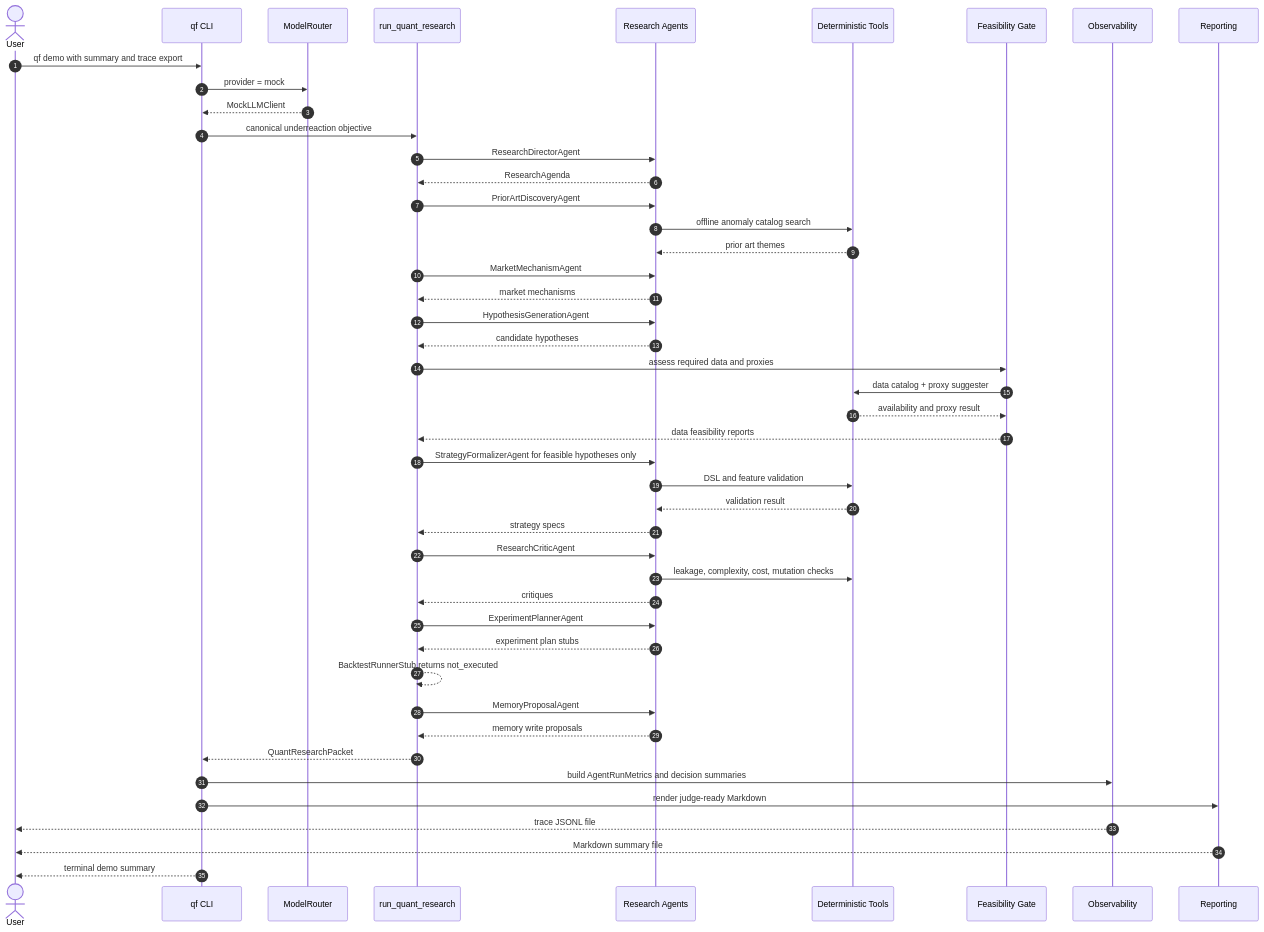
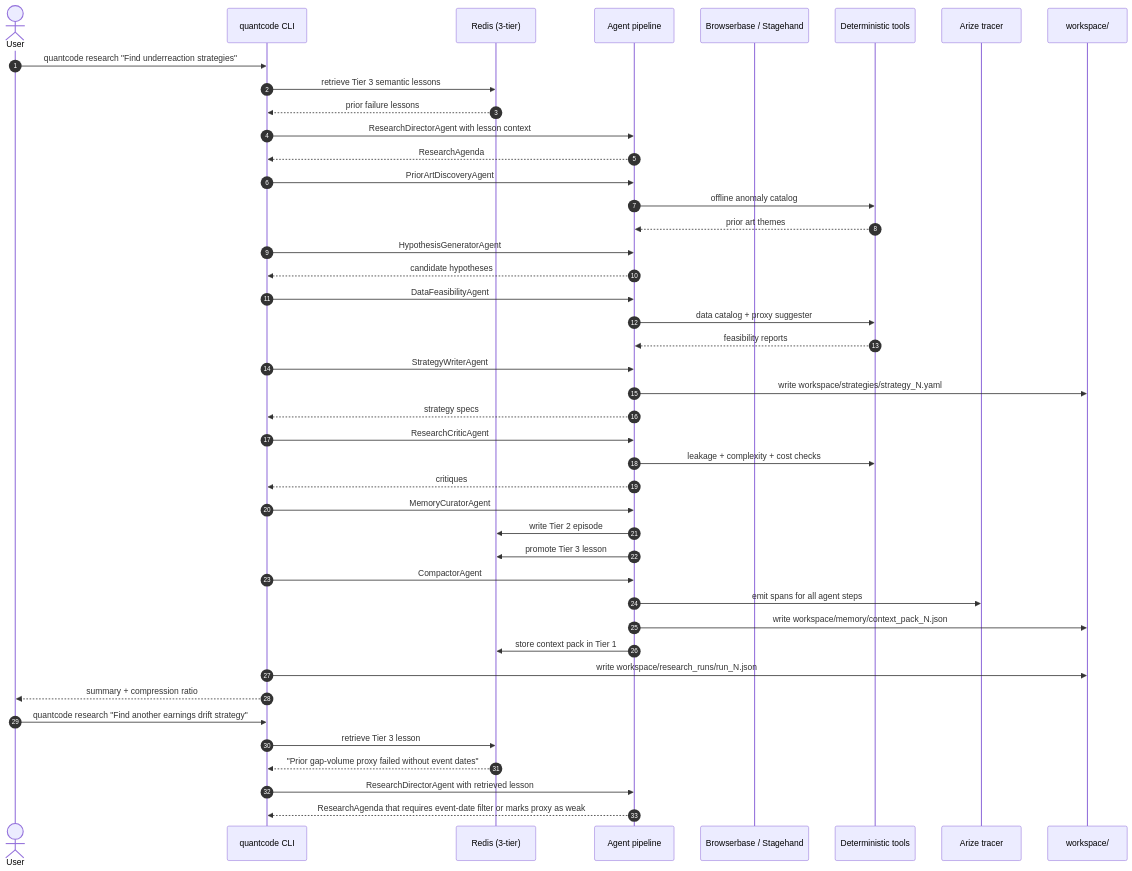
One commit to Ayush-Agarwal07/quant-code changed the fourth of 5 diagrams in docs/system_design_diagram.md. Above: the diagram before and after it, drawn with Mermaid. The commit also changed other lines of this file and 3 other files, not shown here.

First line of the commit message:
Refresh architecture docs for QuantCode hackathon vision

````diff
--- a/docs/system_design_diagram.md
+++ b/docs/system_design_diagram.md
@@ -91,49 +111,47 @@
 ```mermaid
 sequenceDiagram
     autonumber
     actor User
-    participant CLI as qf CLI
-    participant Router as ModelRouter
-    participant WF as run_quant_research
-    participant Agents as Research Agents
-    participant Tools as Deterministic Tools
-    participant Gate as Feasibility Gate
-    participant Obs as Observability
-    participant Report as Reporting
+    participant CLI as quantcode CLI
+    participant Redis as Redis (3-tier)
+    participant Agents as Agent pipeline
+    participant BB as Browserbase / Stagehand
+    participant Tools as Deterministic tools
+    participant Arize as Arize tracer
+    participant WS as workspace/
 
-    User->>CLI: qf demo with summary and trace export
-    CLI->>Router: provider = mock
-    Router-->>CLI: MockLLMClient
-    CLI->>WF: canonical underreaction objective
-    WF->>Agents: ResearchDirectorAgent
-    Agents-->>WF: ResearchAgenda
-    WF->>Agents: PriorArtDiscoveryAgent
-    Agents->>Tools: offline anomaly catalog search
+    User->>CLI: quantcode research "Find underreaction strategies"
+    CLI->>Redis: retrieve Tier 3 semantic lessons
+    Redis-->>CLI: prior failure lessons
+    CLI->>Agents: ResearchDirectorAgent with lesson context
+    Agents-->>CLI: ResearchAgenda
+    CLI->>Agents: PriorArtDiscoveryAgent
+    Agents->>Tools: offline anomaly catalog
     Tools-->>Agents: prior art themes
-    WF->>Agents: MarketMechanismAgent
-    Agents-->>WF: market mechanisms
-    WF->>Agents: HypothesisGenerationAgent
-    Agents-->>WF: candidate hypotheses
-    WF->>Gate: assess required data and proxies
-    Gate->>Tools: data catalog + proxy suggester
-    Tools-->>Gate: availability and proxy result
-    Gate-->>WF: data feasibility reports
-    WF->>Agents: StrategyFormalizerAgent for feasible hypotheses only
-    Agents->>Tools: DSL and feature validation
-    Tools-->>Agents: validation result
-    Agents-->>WF: strategy specs
-    WF->>Agents: ResearchCriticAgent
-    Agents->>Tools: leakage, complexity, cost, mutation checks
-    Agents-->>WF: critiques
-    WF->>Agents: ExperimentPlannerAgent
-    Agents-->>WF: experiment plan stubs
-    WF-->>WF: BacktestRunnerStub returns not_executed
-    WF->>Agents: MemoryProposalAgent
-    Agents-->>WF: memory write proposals
-    WF-->>CLI: QuantResearchPacket
-    CLI->>Obs: build AgentRunMetrics and decision summaries
-    CLI->>Report: render judge-ready Markdown
-    Obs-->>User: trace JSONL file
-    Report-->>User: Markdown summary file
-    CLI-->>User: terminal demo summary
+    CLI->>Agents: HypothesisGeneratorAgent
+    Agents-->>CLI: candidate hypotheses
+    CLI->>Agents: DataFeasibilityAgent
+    Agents->>Tools: data catalog + proxy suggester
+    Tools-->>Agents: feasibility reports
+    CLI->>Agents: StrategyWriterAgent
+    Agents->>WS: write workspace/strategies/strategy_N.yaml
+    Agents-->>CLI: strategy specs
+    CLI->>Agents: ResearchCriticAgent
+    Agents->>Tools: leakage + complexity + cost checks
+    Agents-->>CLI: critiques
+    CLI->>Agents: MemoryCuratorAgent
+    Agents->>Redis: write Tier 2 episode
+    Agents->>Redis: promote Tier 3 lesson
+    CLI->>Agents: CompactorAgent
+    Agents->>Arize: emit spans for all agent steps
+    Agents->>WS: write workspace/memory/context_pack_N.json
+    Agents->>Redis: store context pack in Tier 1
+    CLI->>WS: write workspace/research_runs/run_N.json
+    CLI-->>User: summary + compression ratio
+
+    User->>CLI: quantcode research "Find another earnings drift strategy"
+    CLI->>Redis: retrieve Tier 3 lesson
+    Redis-->>CLI: "Prior gap-volume proxy failed without event dates"
+    CLI->>Agents: ResearchDirectorAgent with retrieved lesson
+    Agents-->>CLI: ResearchAgenda that requires event-date filter or marks proxy as weak
 ```
````
